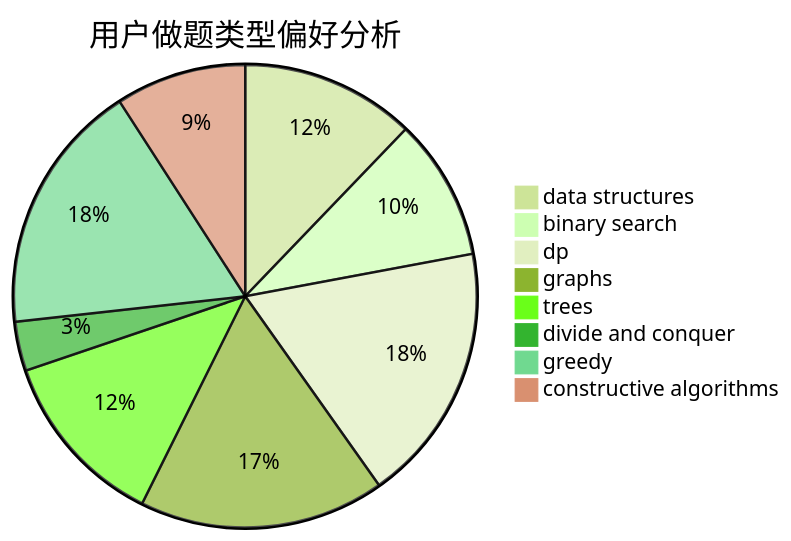
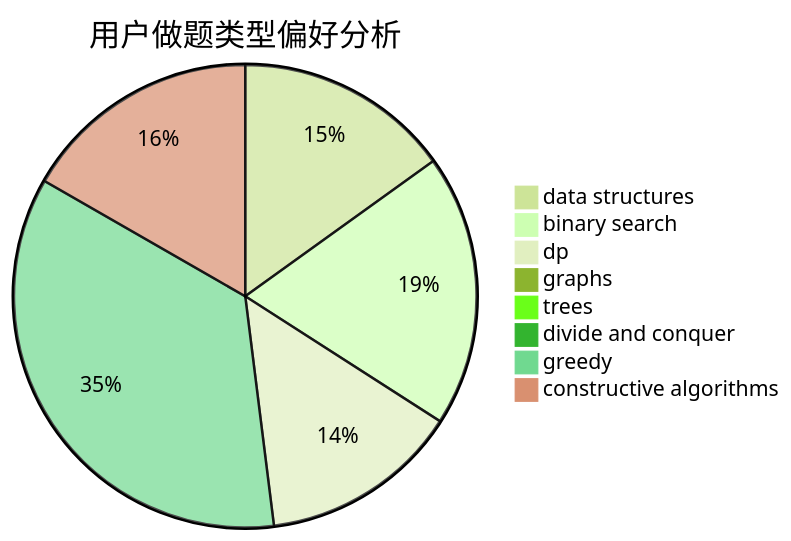
Before and after one commit to sherpahu/cfrs.github.io: the second of 3 diagrams in docs/user/u185.md, drawn with Mermaid (forest theme). The commit also changed other lines of this file and 2770 other files, not shown here.

````diff
--- a/docs/user/u185.md
+++ b/docs/user/u185.md
@@ -23,11 +23,11 @@
 ```mermaid
 pie title 用户做题类型偏好分析
-    "data structures" :  223
-    "binary search" :  181
-    "dp" :  332
-    "graphs" :  314
-    "trees" :  228
-    "divide and conquer" :  63
-    "greedy" :  323
-    "constructive algorithms" :  167
+    "data structures" :  517
+    "binary search" :  652
+    "dp" :  478
+    "graphs" :  30
+    "trees" :  24
+    "divide and conquer" :  0
+    "greedy" :  1210
+    "constructive algorithms" :  573
 ```
````
